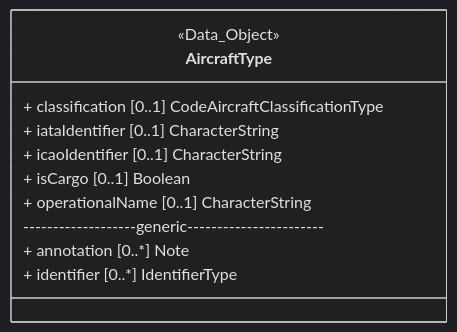
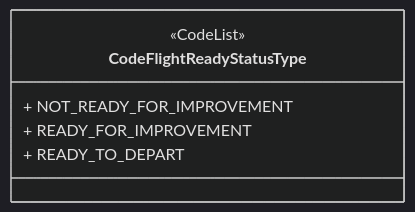
One commit to hlepori/testAIRM changed diagram 14 of 55 in README.md. Above: the diagram before and after it, drawn with Mermaid (dark theme). The commit also changed other lines of this file, not shown here.

````diff
--- a/README.md
+++ b/README.md
@@ -355,14 +411,9 @@
 ```mermaid	
 classDiagram	
-class AircraftType	
-<<Data_Object>> AircraftType	
-link AircraftType "https://airm.aero/developers/advanced-search/1.0.0/AircraftType?model=LogicalModel" "Go to definition"	
-AircraftType : + classification [0..1] CodeAircraftClassificationType	
-AircraftType : + iataIdentifier [0..1] CharacterString	
-AircraftType : + icaoIdentifier [0..1] CharacterString	
-AircraftType : + isCargo [0..1] Boolean	
-AircraftType : + operationalName [0..1] CharacterString	
-AircraftType: -------------------generic-----------------------	
-AircraftType : + annotation [0..*] Note	
-AircraftType : + identifier [0..*] IdentifierType	
+class CodeFlightReadyStatusType	
+<<CodeList>> CodeFlightReadyStatusType	
+link CodeFlightReadyStatusType "https://airm.aero/developers/advanced-search/1.0.0/CodeFlightReadyStatusType?model=LogicalModel" "Go to definition"	
+CodeFlightReadyStatusType : + NOT_READY_FOR_IMPROVEMENT	
+CodeFlightReadyStatusType : + READY_FOR_IMPROVEMENT	
+CodeFlightReadyStatusType : + READY_TO_DEPART	
 ```	
````
